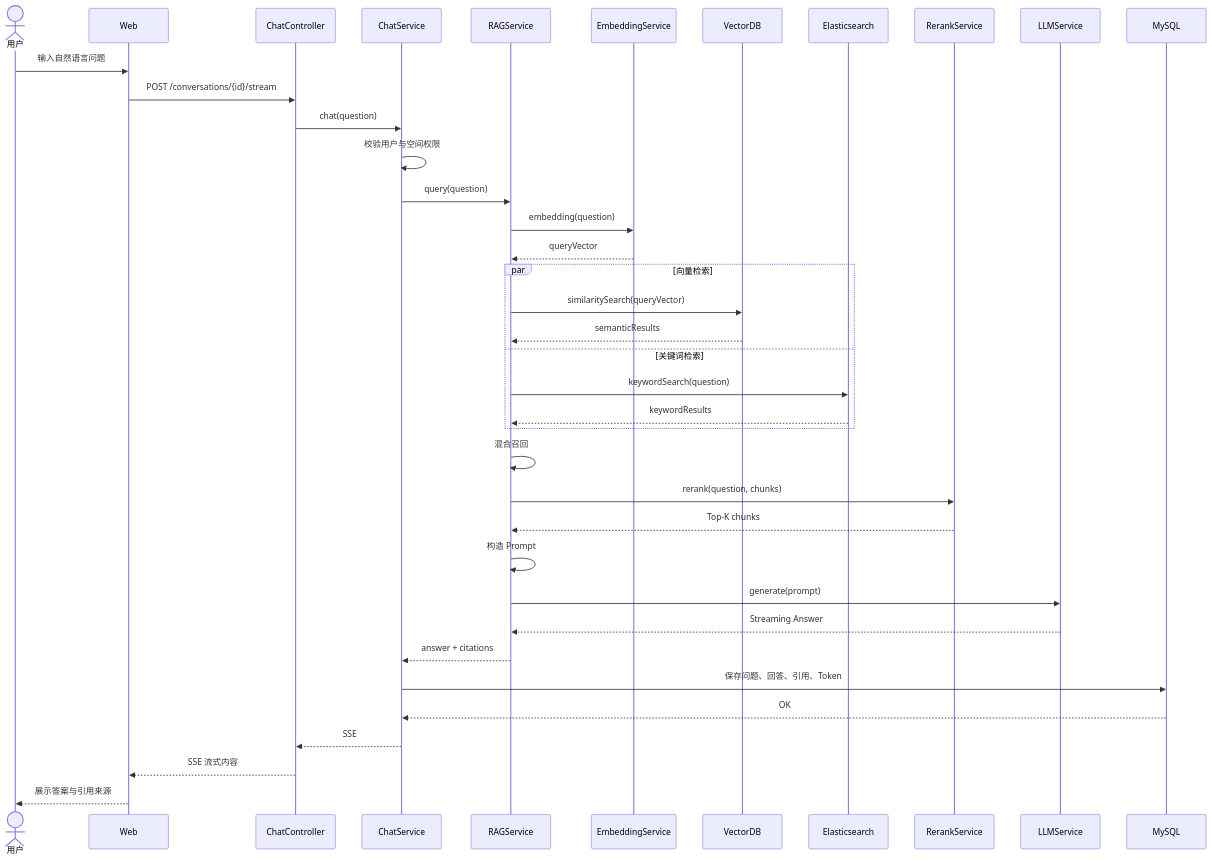
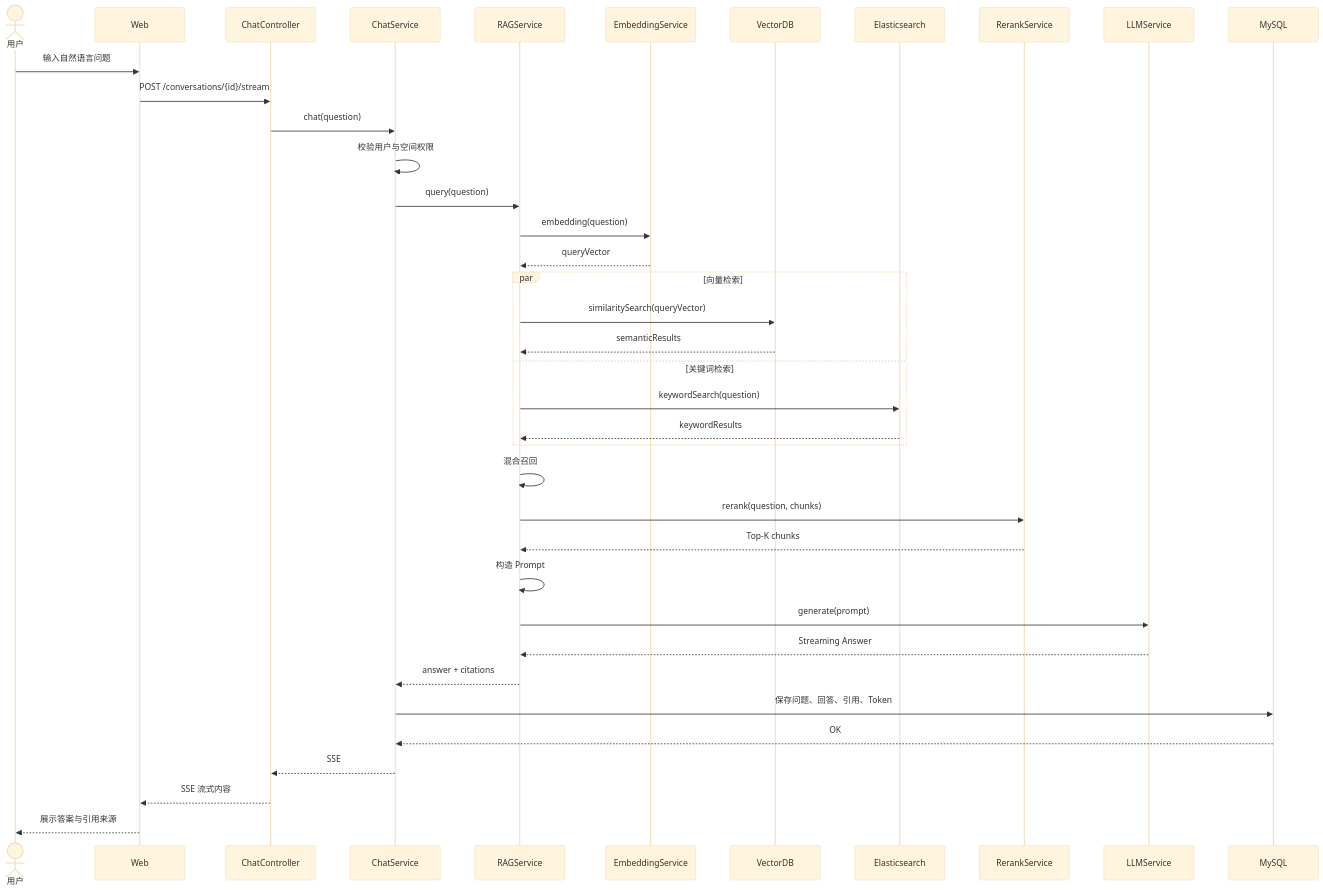
One commit to YJsnz/Agent changed diagram 14 of 22 in readme.md. Above: the diagram before and after it, drawn with Mermaid. The commit also changed other lines of this file, not shown here.

````diff
--- a/readme.md
+++ b/readme.md
@@ -1328,47 +1362,48 @@
 ```mermaid
+%%{init: {"theme":"base","themeVariables":{"fontFamily":"Microsoft YaHei, Arial, sans-serif"},"sequence":{"useMaxWidth":false,"diagramMarginX":55,"diagramMarginY":20,"actorMargin":65,"width":170,"height":65,"boxMargin":12,"messageMargin":35,"noteMargin":12,"wrap":true}}}%%
 sequenceDiagram
     actor U as 用户
     participant W as Web
     participant C as ChatController
     participant S as ChatService
     participant RAG as RAGService
     participant E as EmbeddingService
     participant V as VectorDB
     participant ES as Elasticsearch
     participant RR as RerankService
     participant L as LLMService
     participant DB as MySQL
 
     U->>W: 输入自然语言问题
     W->>C: POST /conversations/{id}/stream
     C->>S: chat(question)
     S->>S: 校验用户与空间权限
 
     S->>RAG: query(question)
     RAG->>E: embedding(question)
     E-->>RAG: queryVector
 
     par 向量检索
         RAG->>V: similaritySearch(queryVector)
         V-->>RAG: semanticResults
     and 关键词检索
         RAG->>ES: keywordSearch(question)
         ES-->>RAG: keywordResults
     end
 
     RAG->>RAG: 混合召回
     RAG->>RR: rerank(question, chunks)
     RR-->>RAG: Top-K chunks
 
     RAG->>RAG: 构造 Prompt
     RAG->>L: generate(prompt)
     L-->>RAG: Streaming Answer
 
     RAG-->>S: answer + citations
     S->>DB: 保存问题、回答、引用、Token
     DB-->>S: OK
 
     S-->>C: SSE
     C-->>W: SSE 流式内容
     W-->>U: 展示答案与引用来源
 ```
````
